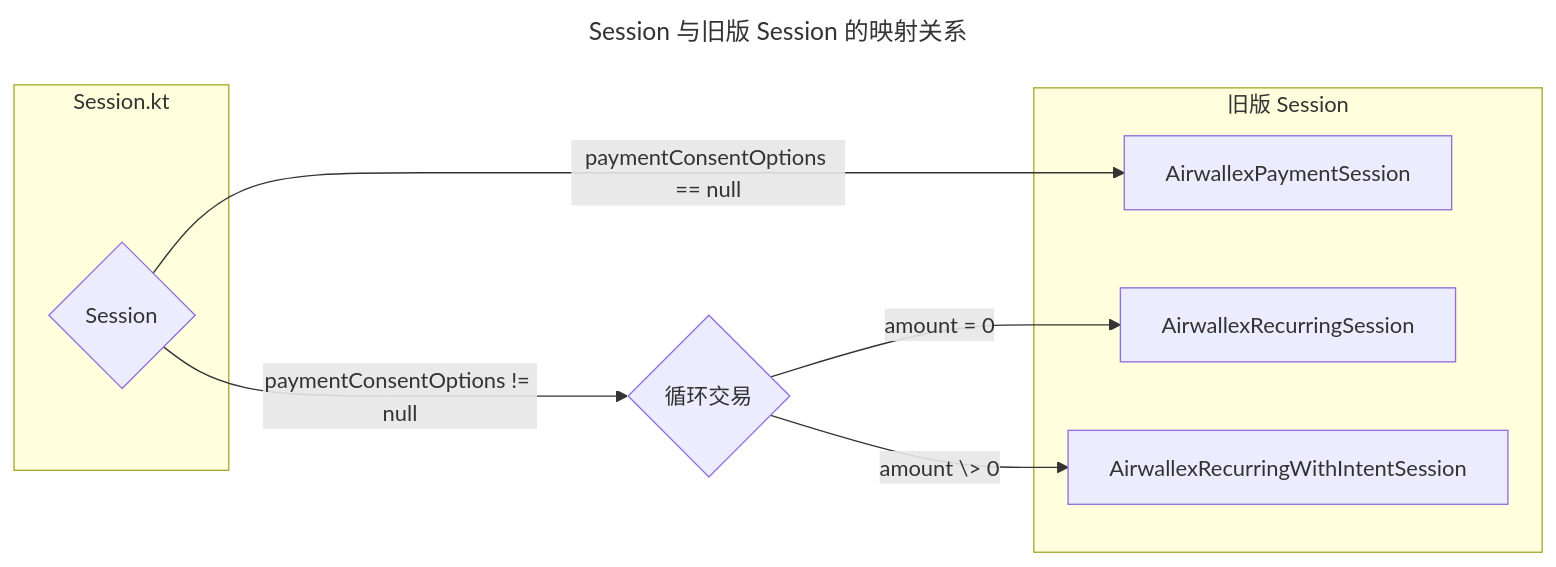
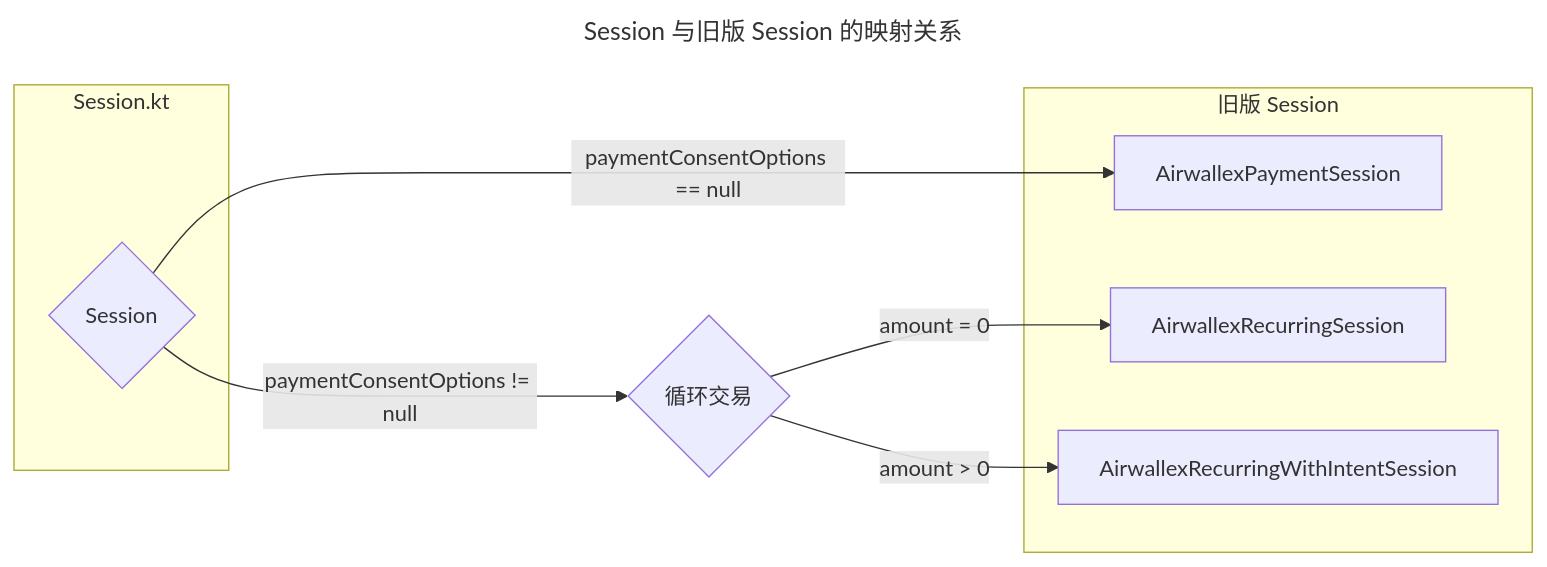
The diagram in README-zh.md (airwallex/airwallex-payment-android), drawn with Mermaid before and after one commit. The commit also changed 2 other files, not shown here.

Commit message:
chore: remove redundant check

````diff
--- a/README-zh.md
+++ b/README-zh.md
@@ -274,25 +274,25 @@
 ```mermaid
 ---
 title: Session 与旧版 Session 的映射关系
 ---
 flowchart LR
     A{Session}
     B1[AirwallexPaymentSession]
     B2{循环交易}
     C1[AirwallexRecurringSession]
     C2[AirwallexRecurringWithIntentSession]
 
 subgraph Session.kt
     A
 end
 
 A -- paymentConsentOptions == null --> B1
 A -- paymentConsentOptions != null --> B2
 
 subgraph 旧版 Session
     B1;C1;C2
 end
 
 B2 -- amount = 0 --> C1
-B2 -- amount \> 0 --> C2
+B2 -- amount > 0 --> C2
 ```
````
